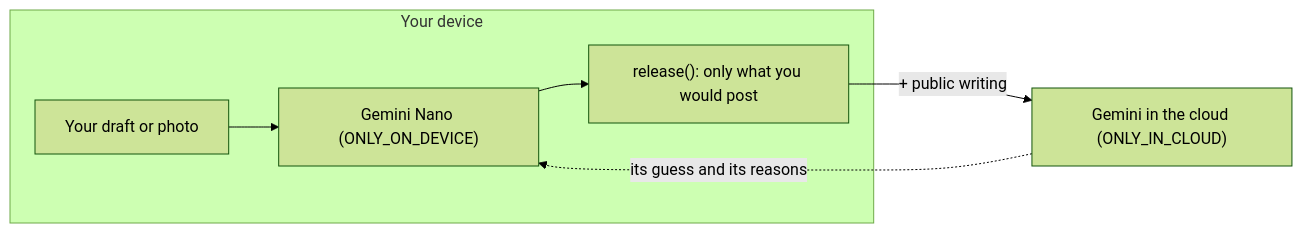
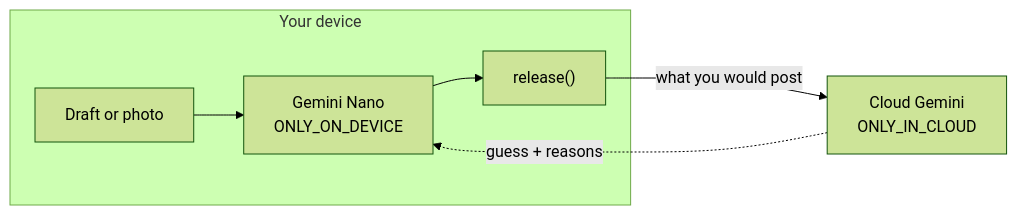
One commit to Ruby570bocadito/throwaway changed the diagram in README.md. Above: the diagram before and after it, drawn with Mermaid (forest theme).

Commit message:
Shorten the README diagram's labels so GitHub's zoom buttons do not cover them

````diff
--- a/README.md
+++ b/README.md
@@ -44,8 +44,8 @@
 ```mermaid
 flowchart LR
   subgraph device["Your device"]
-    secret["Your draft or photo"] --> nano["Gemini Nano (ONLY_ON_DEVICE)"] --> out["release(): only what you would post"]
+    secret["Draft or photo"] --> nano["Gemini Nano<br/>ONLY_ON_DEVICE"] --> out["release()"]
   end
-  out -->|"+ public writing"| attacker["Gemini in the cloud (ONLY_IN_CLOUD)"]
-  attacker -.->|"its guess and its reasons"| nano
+  out -->|"what you would post"| attacker["Cloud Gemini<br/>ONLY_IN_CLOUD"]
+  attacker -.->|"guess + reasons"| nano
 ```
````
